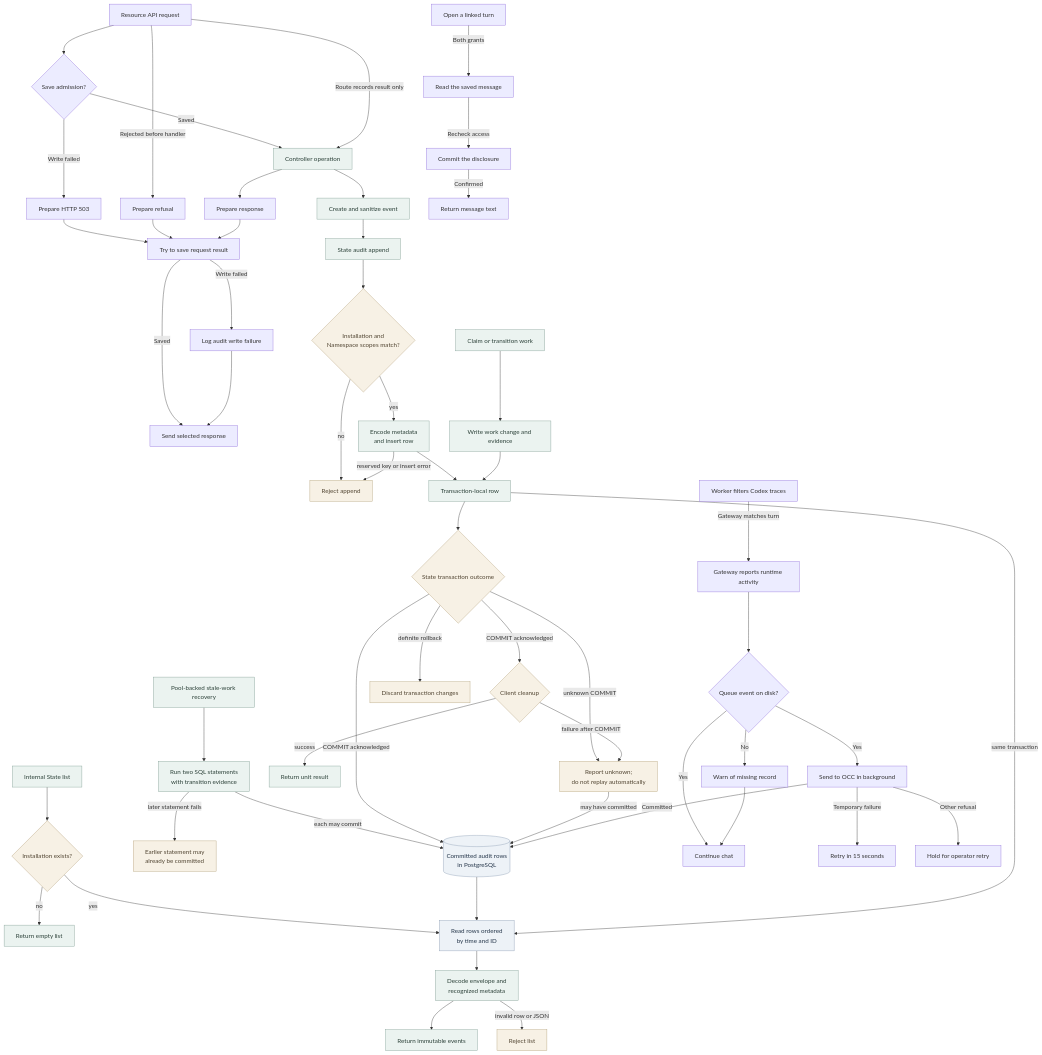
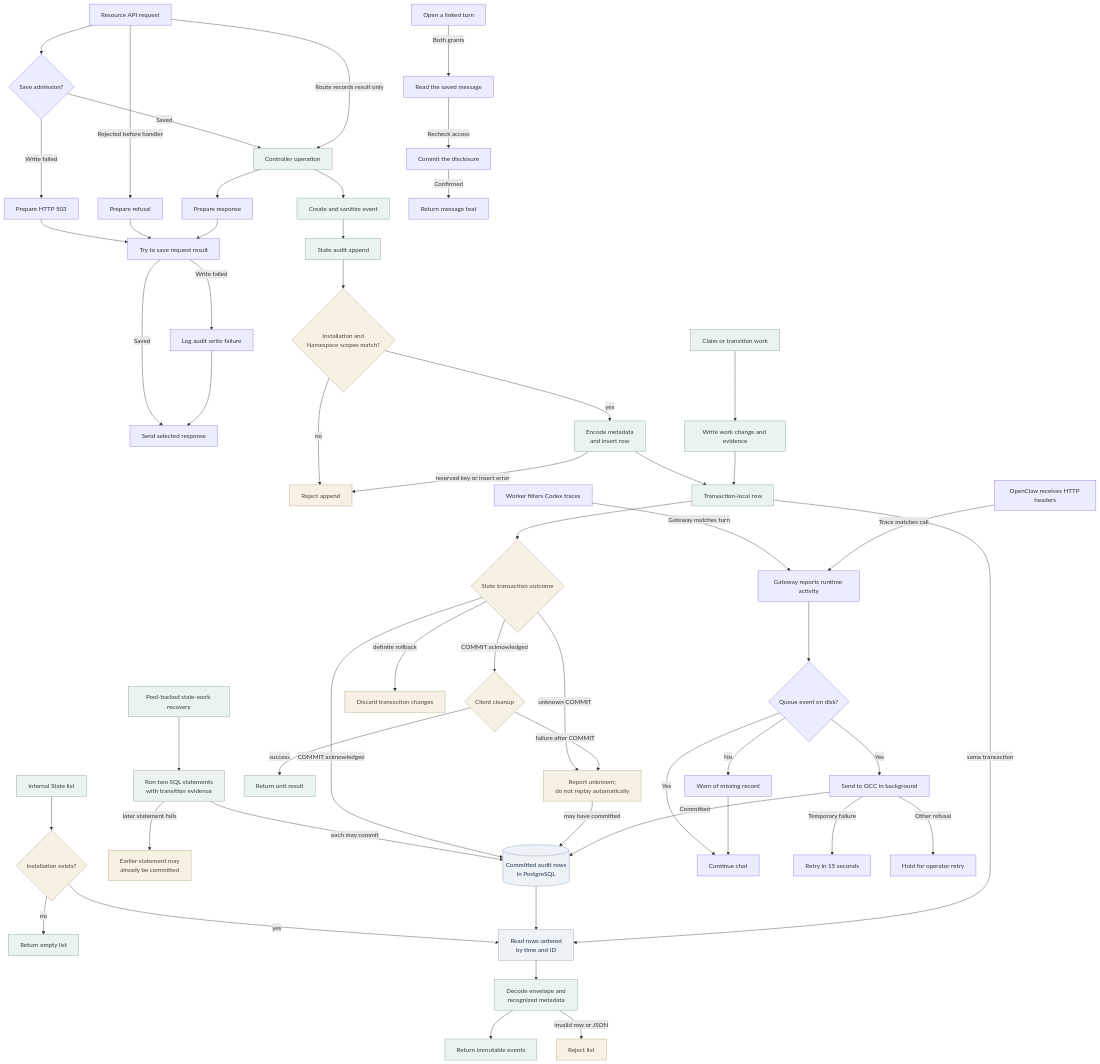
The diagram in docs/flows/audit-ledger.md (openclaw/openclaw-enterprise), drawn with Mermaid before and after one commit. The commit also changed other lines of this file and 12 other files, not shown here.

Commit message:
Record embedded OpenClaw HTTP attempts with the model call and turn IDs

````diff
--- a/docs/flows/audit-ledger.md
+++ b/docs/flows/audit-ledger.md
@@ -28,62 +28,63 @@
 ```mermaid
 graph TD
   HTTP["Resource API request"] --> Admission{"Save admission?"}
   Admission -->|Saved| Request
   Admission -->|Write failed| Refused["Prepare HTTP 503"]
   HTTP -->|Rejected before handler| RefusedEarly["Prepare refusal"]
   HTTP -->|Route records result only| Request
   Request --> HTTPResult["Prepare response"]
   Refused --> ResultEvent["Try to save request result"]
   RefusedEarly --> ResultEvent
   HTTPResult --> ResultEvent
   ResultEvent -->|Saved| Send["Send selected response"]
   ResultEvent -->|Write failed| Diagnostic["Log audit write failure"]
   Diagnostic --> Send
   Request["Controller operation"] --> Factory["Create and sanitize event"]
   Factory --> Append["State audit append"]
   Append --> Scope{"Installation and<br/>Namespace scopes match?"}
   Scope -->|yes| Encode["Encode metadata<br/>and insert row"]
   Scope -->|no| Reject["Reject append"]
   Encode --> Pending["Transaction-local row"]
   Encode -->|reserved key or insert error| Reject
   Queue["Claim or transition work"] --> QueueSQL["Write work change and evidence"]
   QueueSQL --> Pending
   DirectQueue["Pool-backed stale-work recovery"] --> DirectSQL["Run two SQL statements<br/>with transition evidence"]
   DirectSQL -->|each may commit| Ledger
   DirectSQL -->|later statement fails| Partial["Earlier statement may<br/>already be committed"]
   Pending --> Commit{"State transaction outcome"}
   Commit -->|COMMIT acknowledged| Ledger[("Committed audit rows<br/>in PostgreSQL")]
   Commit -->|COMMIT acknowledged| Cleanup{"Client cleanup"}
   Commit -->|definite rollback| RolledBack["Discard transaction changes"]
   Commit -->|unknown COMMIT| Unknown["Report unknown;<br/>do not replay automatically"]
   Unknown -->|may have committed| Ledger
   Cleanup -->|success| Returned["Return unit result"]
   Cleanup -->|failure after COMMIT| Unknown
   Reader["Internal State list"] --> Installation{"Installation exists?"}
   Installation -->|no| Empty["Return empty list"]
   Installation -->|yes| Rows["Read rows ordered<br/>by time and ID"]
   Ledger --> Rows
   Pending -->|same transaction| Rows
   Rows --> Decode["Decode envelope and<br/>recognized metadata"]
   Decode --> Result["Return immutable events"]
   Decode -->|invalid row or JSON| Error["Reject list"]
   Linked["Open a linked turn"] -->|Both grants| Lookup["Read the saved message"]
   Lookup -->|Recheck access| Disclose["Commit the disclosure"]
   Disclose -->|Confirmed| Text["Return message text"]
   Codex["Worker filters Codex traces"] -->|Gateway matches turn| Gateway
+  Embedded["OpenClaw receives HTTP headers"] -->|Trace matches call| Gateway
   Gateway["Gateway reports runtime activity"] --> Local{"Queue event on disk?"}
   Local -->|Yes| Continue["Continue chat"]
   Local -->|Yes| Deliver["Send to OCC in background"]
   Local -->|No| Warn["Warn of missing record"]
   Warn --> Continue
   Deliver -->|Temporary failure| Retry["Retry in 15 seconds"]
   Deliver -->|Other refusal| Hold["Hold for operator retry"]
   Deliver -->|Committed| Ledger
 
   classDef storage fill:#EDF2F7,stroke:#879AB0,color:#25364A,stroke-width:1px
   classDef operation fill:#EBF3F0,stroke:#7F9D93,color:#2B4038,stroke-width:1px
   classDef gate fill:#F7F1E5,stroke:#B3A078,color:#514532,stroke-width:1px
   class Ledger,Rows storage
   class Request,Factory,Append,Encode,Queue,QueueSQL,DirectQueue,DirectSQL,Pending,Reader,Decode,Result,Empty,Returned operation
   class Scope,Reject,Commit,RolledBack,Unknown,Cleanup,Installation,Error,Partial gate
 ```
````
